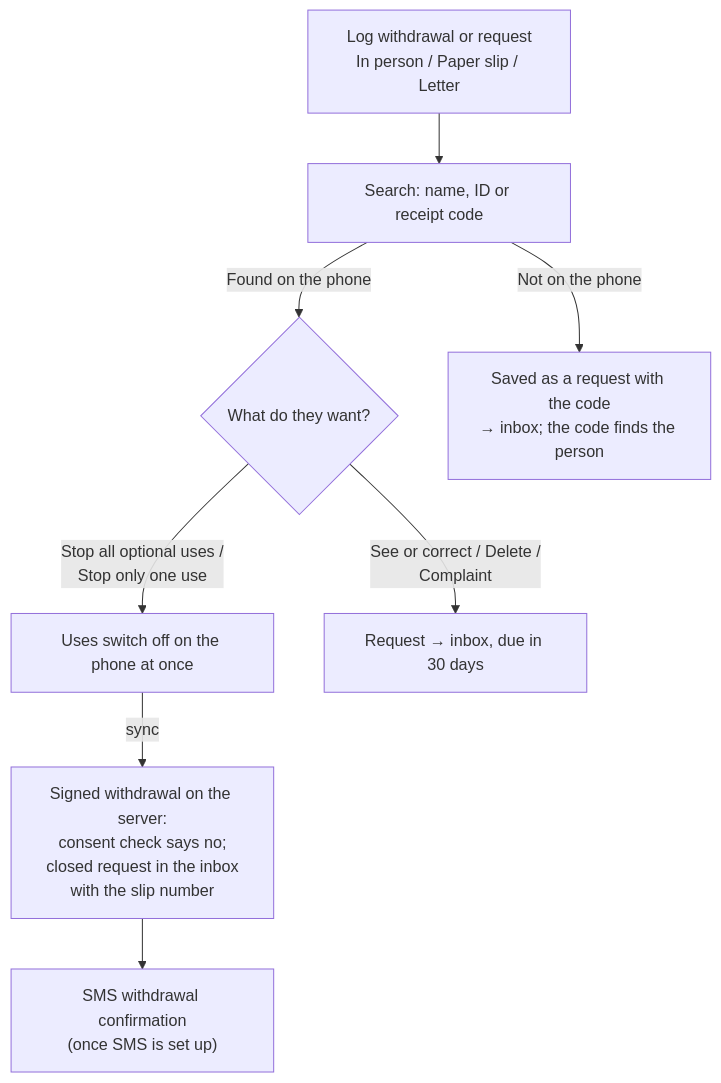
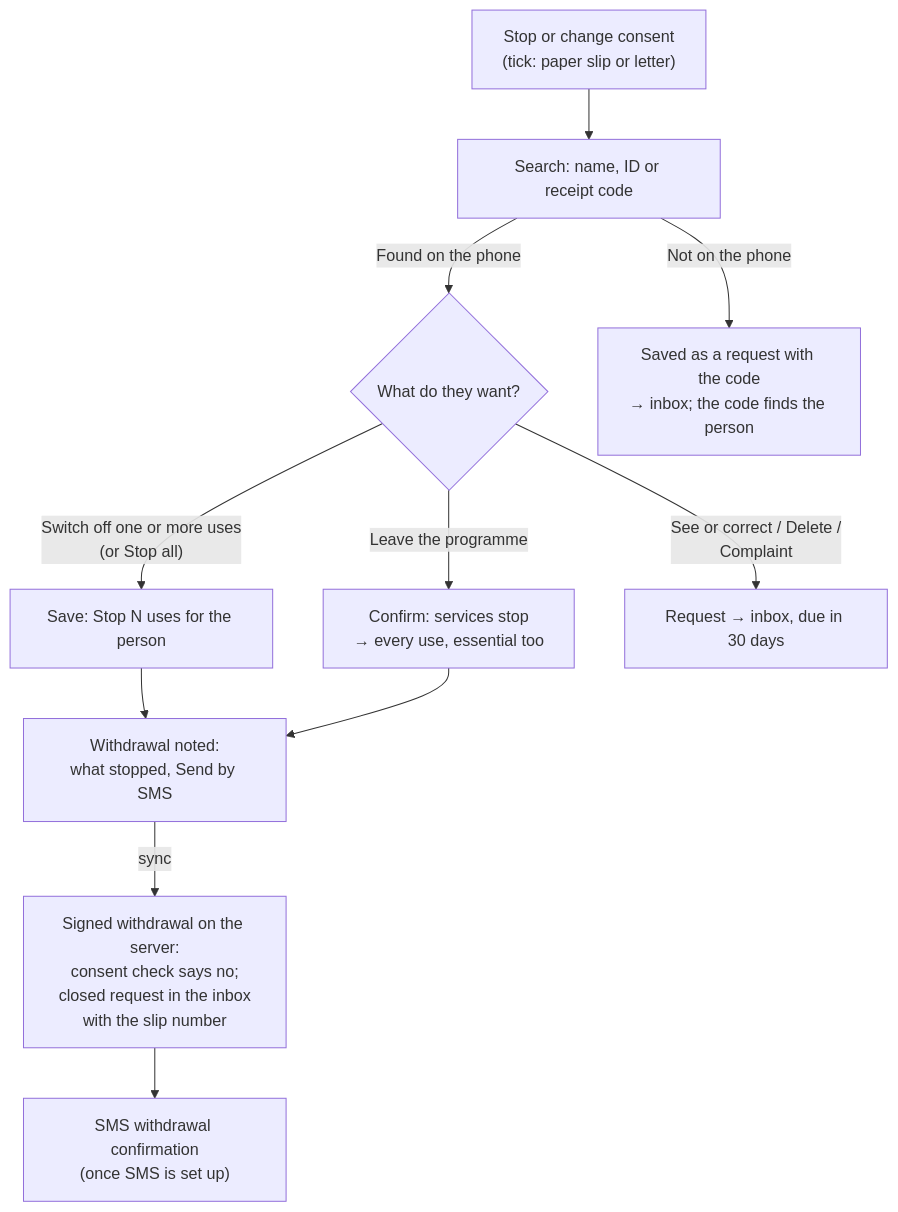
The sixth of 10 diagrams in docs/guide/product-guide.md (sunandan89/anumati), drawn with Mermaid before and after one commit. The commit also changed other lines of this file and 13 other files, not shown here.

First line of the commit message:
Withdrawal: leave the programme, console checklist, guide redesign

````diff
--- a/docs/guide/product-guide.md
+++ b/docs/guide/product-guide.md
@@ -282,10 +282,13 @@
 ```mermaid
 flowchart TD
-  A["Log withdrawal or request<br/>In person / Paper slip / Letter"] --> F["Search: name, ID or receipt code"]
+  A["Stop or change consent<br/>(tick: paper slip or letter)"] --> F["Search: name, ID or receipt code"]
   F -- "Found on the phone" --> W{"What do they want?"}
   F -- "Not on the phone" --> R["Saved as a request with the code<br/>→ inbox; the code finds the person"]
-  W -- "Stop all optional uses /<br/>Stop only one use" --> L["Uses switch off on the phone at once"]
+  W -- "Switch off one or more uses<br/>(or Stop all)" --> L["Save: Stop N uses for the person"]
+  W -- "Leave the programme" --> LV["Confirm: services stop<br/>→ every use, essential too"]
   W -- "See or correct / Delete /<br/>Complaint" --> Q["Request → inbox, due in 30 days"]
-  L -- "sync" --> S["Signed withdrawal on the server:<br/>consent check says no;<br/>closed request in the inbox<br/>with the slip number"]
+  L --> N["Withdrawal noted:<br/>what stopped, Send by SMS"]
+  LV --> N
+  N -- "sync" --> S["Signed withdrawal on the server:<br/>consent check says no;<br/>closed request in the inbox<br/>with the slip number"]
   S --> M["SMS withdrawal confirmation<br/>(once SMS is set up)"]
 ```
````
